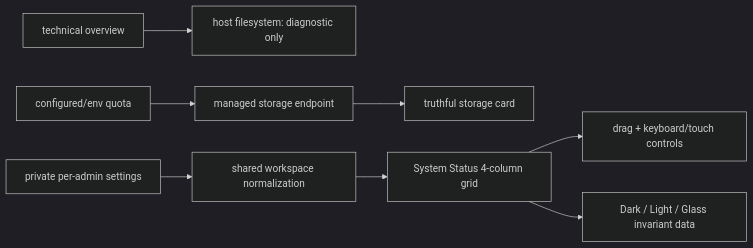
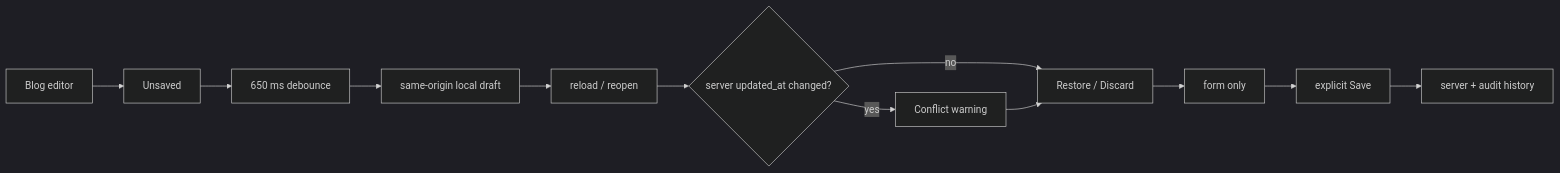
Before and after one commit to pl0n3r/brvtal: the diagram in README.md, drawn with Mermaid (dark theme). The commit also changed other lines of this file, not shown here.

Commit message:
docs: snapshot Blog draft delivery

````diff
--- a/README.md
+++ b/README.md
@@ -45,10 +70,14 @@
 ```mermaid
 flowchart LR
-  T["technical overview"] --> D["host filesystem: diagnostic only"]
-  Q["configured/env quota"] --> S["managed storage endpoint"]
-  S --> U["truthful storage card"]
-  P["private per-admin settings"] --> N["shared workspace normalization"]
-  N --> G["System Status 4-column grid"]
-  G --> C["drag + keyboard/touch controls"]
-  G --> A["Dark / Light / Glass invariant data"]
+  E["Blog editor"] --> U["Unsaved"]
+  U --> D["650 ms debounce"]
+  D --> L["same-origin local draft"]
+  L --> R["reload / reopen"]
+  R --> C{"server updated_at changed?"}
+  C -- no --> X["Restore / Discard"]
+  C -- yes --> W["Conflict warning"]
+  W --> X
+  X --> F["form only"]
+  F --> S["explicit Save"]
+  S --> A["server + audit history"]
 ```
````
